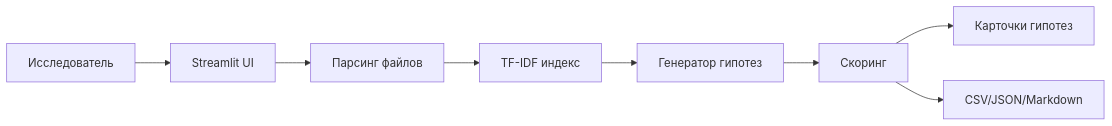
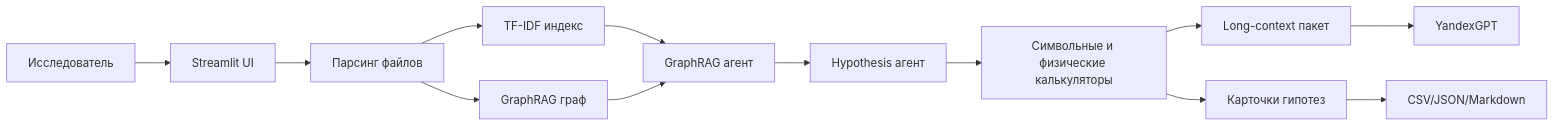
Before and after one commit to baxic-top-projects/hackaton: the diagram in README.md, drawn with Mermaid. The commit also changed other lines of this file and 7 other files, not shown here.

````diff
--- a/README.md
+++ b/README.md
@@ -49,10 +51,15 @@
 ```mermaid
 flowchart LR
     user["Исследователь"] --> ui["Streamlit UI"]
     ui --> ingestion["Парсинг файлов"]
-    ingestion --> index["TF-IDF индекс"]
-    index --> generator["Генератор гипотез"]
-    generator --> scoring["Скоринг"]
-    scoring --> cards["Карточки гипотез"]
-    scoring --> exports["CSV/JSON/Markdown"]
+    ingestion --> textIndex["TF-IDF индекс"]
+    ingestion --> graphIndex["GraphRAG граф"]
+    textIndex --> graphAgent["GraphRAG агент"]
+    graphIndex --> graphAgent
+    graphAgent --> generator["Hypothesis агент"]
+    generator --> calculators["Символьные и физические калькуляторы"]
+    calculators --> llmContext["Long-context пакет"]
+    llmContext --> yandex["YandexGPT"]
+    calculators --> cards["Карточки гипотез"]
+    cards --> exports["CSV/JSON/Markdown"]
 ```
````
